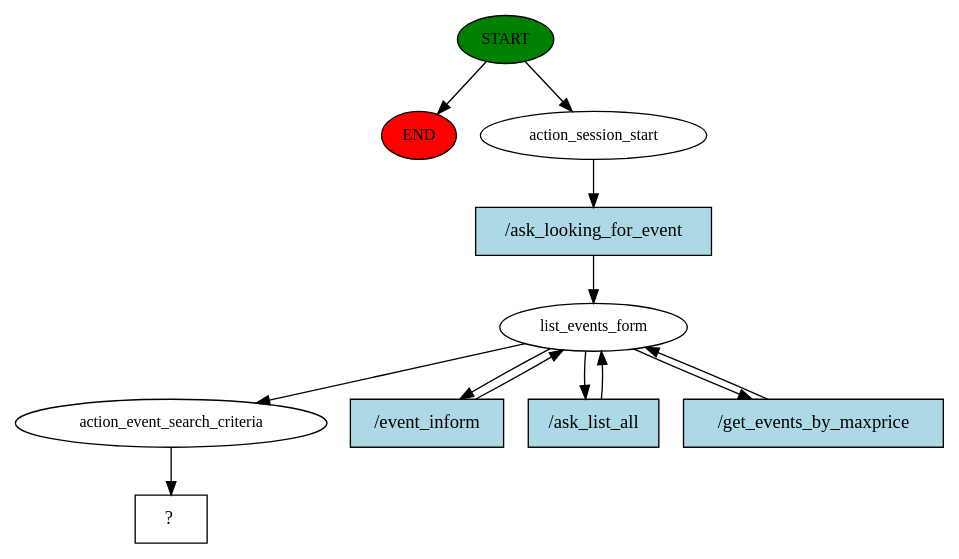
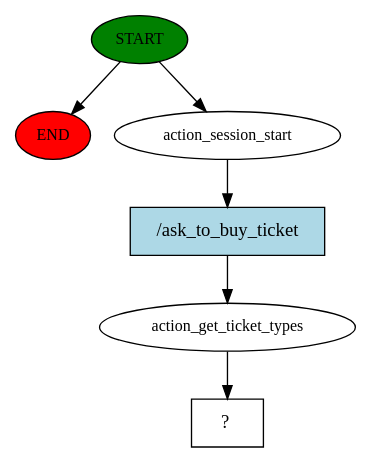
The diagram in story_graph.dot (EhteshamBahoo/Tic8M8_Bot), drawn with Graphviz before and after one commit. The commit also changed 10 other files, not shown here.

```diff
--- a/story_graph.dot
+++ b/story_graph.dot
@@ -1,24 +1,13 @@
 digraph  {
 0 [class="start active", fillcolor=green, fontsize=12, label=START, style=filled];
 "-1" [class=end, fillcolor=red, fontsize=12, label=END, style=filled];
 1 [class=active, fontsize=12, label=action_session_start];
-2 [class=active, fontsize=12, label=list_events_form];
-6 [class=active, fontsize=12, label=action_event_search_criteria];
-7 [class="intent dashed active", label="  ?  ", shape=rect];
-8 [class="intent active", fillcolor=lightblue, label="/ask_looking_for_event", shape=rect, style=filled];
-9 [class="intent active", fillcolor=lightblue, label="/event_inform", shape=rect, style=filled];
-10 [class="intent active", fillcolor=lightblue, label="/ask_list_all", shape=rect, style=filled];
-11 [class="intent active", fillcolor=lightblue, label="/get_events_by_maxprice", shape=rect, style=filled];
+2 [class=active, fontsize=12, label=action_get_ticket_types];
+3 [class="intent dashed active", label="  ?  ", shape=rect];
+4 [class="intent active", fillcolor=lightblue, label="/ask_to_buy_ticket", shape=rect, style=filled];
 0 -> "-1"  [class="", key=NONE, label=""];
 0 -> 1  [class=active, key=NONE, label=""];
-1 -> 8  [class=active, key=0];
-2 -> 6  [class=active, key=NONE, label=""];
-2 -> 9  [class=active, key=0];
-2 -> 10  [class=active, key=0];
-2 -> 11  [class=active, key=0];
-6 -> 7  [class=active, key=NONE, label=""];
-8 -> 2  [class=active, key=0];
-9 -> 2  [class=active, key=0];
-10 -> 2  [class=active, key=0];
-11 -> 2  [class=active, key=0];
+1 -> 4  [class=active, key=0];
+2 -> 3  [class=active, key=NONE, label=""];
+4 -> 2  [class=active, key=0];
 }
```
